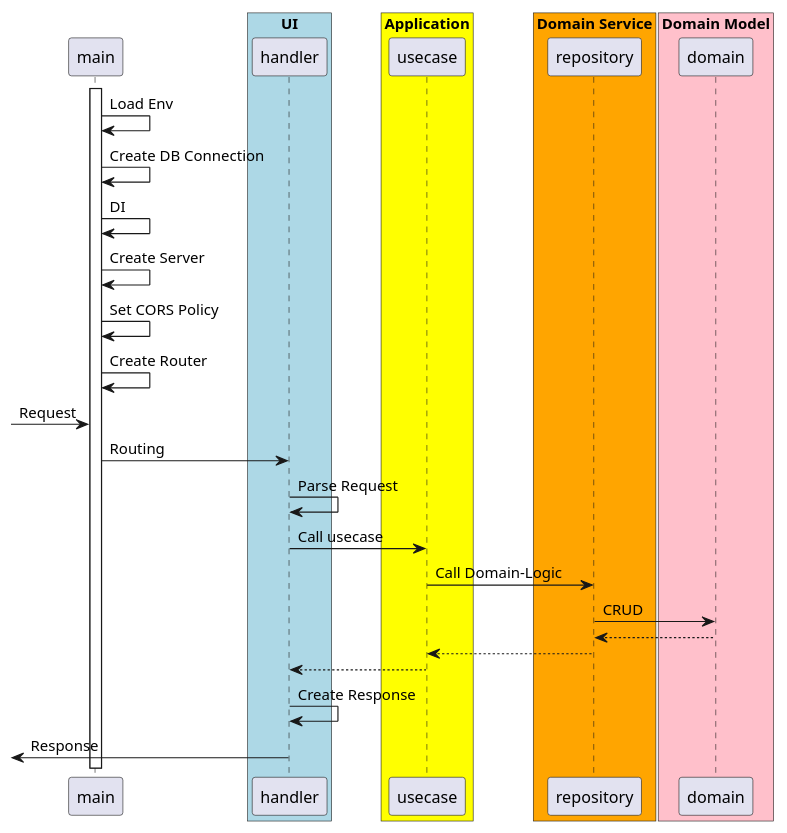
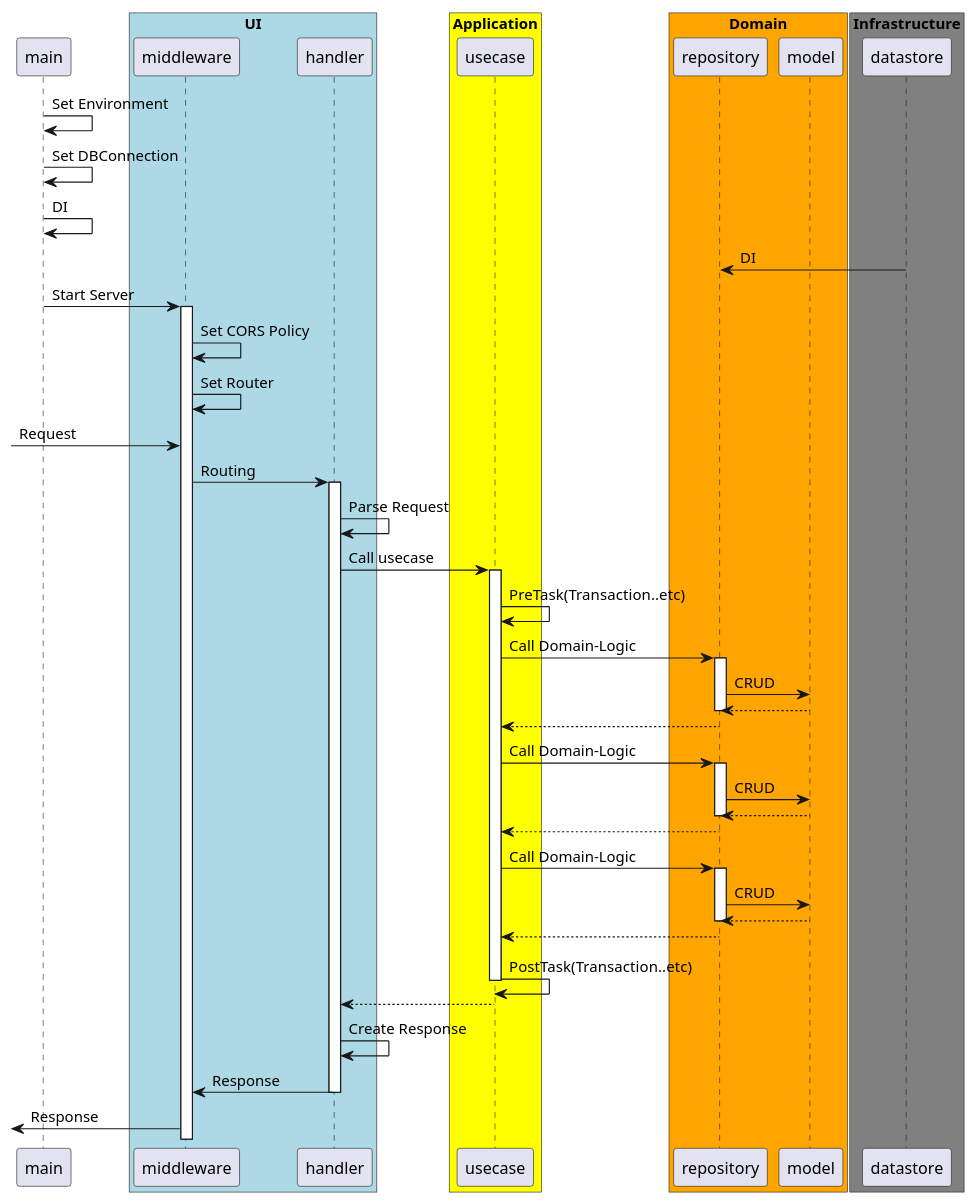
The diagram in docs/sequence.pu (oshou/AwesomeMusic-api), drawn with PlantUML before and after one commit. The commit also changed other lines of this file, not shown here.

Commit message:
modify uml sequence

```diff
--- a/docs/sequence.pu
+++ b/docs/sequence.pu
@@ -2,33 +2,58 @@
 @startuml
 participant main
 box "UI" #LightBlue
+  participant middleware
   participant handler
 end box
 box "Application" #Yellow
   participant usecase
 end box
-box "Domain Service" #Orange
+box "Domain" #Orange
   participant repository
+  participant model
 end box
-box "Domain Model" #Pink
-  participant domain
+box "Infrastructure" #Gray
+  participant datastore
+end box
 
-activate main
-main -> main: Load Env
-main -> main: Create DB Connection
+main -> main: Set Environment
+main -> main: Set DBConnection
 main -> main: DI
-main -> main: Create Server
-main -> main: Set CORS Policy
-main -> main: Create Router
-[-> main : Request
-main -> handler: Routing
+datastore -> repository: DI
+main -> middleware: Start Server
+activate middleware
+middleware -> middleware: Set CORS Policy
+middleware -> middleware: Set Router
+[-> middleware : Request
+middleware -> handler: Routing
+activate handler
 handler -> handler: Parse Request
 handler -> usecase: Call usecase
+activate usecase
+usecase -> usecase: PreTask(Transaction..etc)
 usecase -> repository: Call Domain-Logic
-repository -> domain: CRUD
-repository <-- domain:
+activate repository
+repository -> model: CRUD
+repository <-- model:
+deactivate repository
 usecase <-- repository:
+usecase -> repository: Call Domain-Logic
+activate repository
+repository -> model: CRUD
+repository <-- model:
+deactivate repository
+usecase <-- repository:
+usecase -> repository: Call Domain-Logic
+activate repository
+repository -> model: CRUD
+repository <-- model:
+deactivate repository
+usecase <-- repository:
+usecase -> usecase: PostTask(Transaction..etc)
+deactivate usecase
 handler <-- usecase:
 handler -> handler: Create Response
-[<- handler: Response
+middleware <- handler: Response
+deactivate handler
+[<- middleware: Response
 @enduml
```
